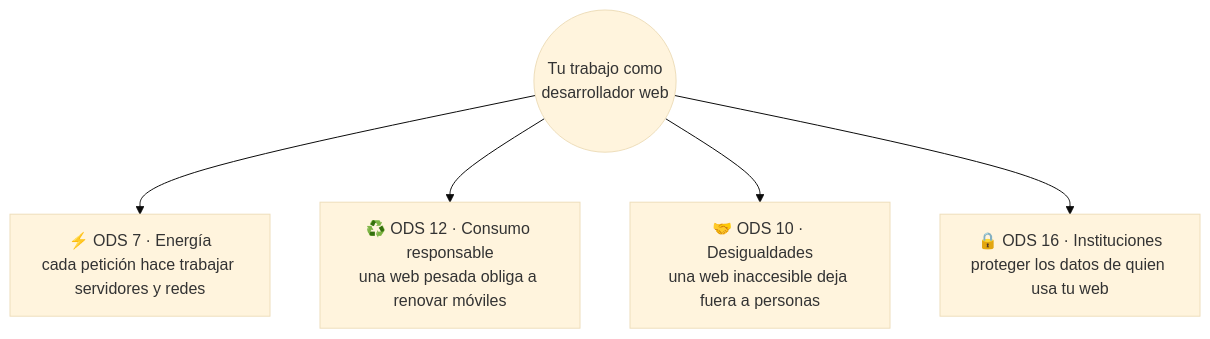
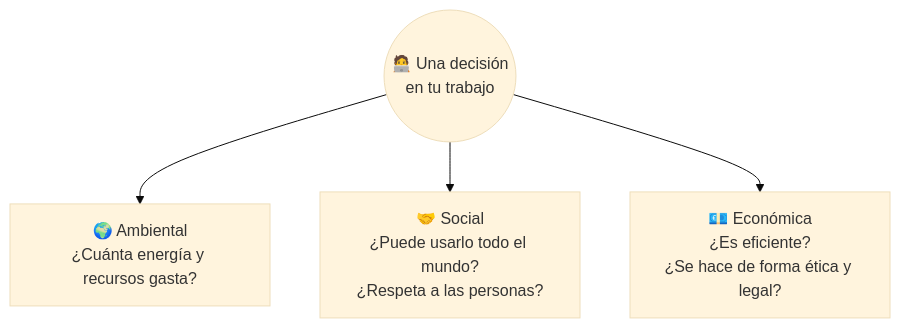
The second of 8 diagrams in docs/ut3/index.md (campusdevfp/sost2627), drawn with Mermaid (base theme) before and after one commit. The commit also changed other lines of this file and 5 other files, not shown here.

````diff
--- a/docs/ut3/index.md
+++ b/docs/ut3/index.md
@@ -21,8 +34,7 @@
 ```mermaid
 flowchart TB
-    T(("Tu trabajo como<br/>desarrollador web"))
-    T --> O7["⚡ ODS 7 · Energía<br/>cada petición hace trabajar servidores y redes"]
-    T --> O12["♻️ ODS 12 · Consumo responsable<br/>una web pesada obliga a renovar móviles"]
-    T --> O10["🤝 ODS 10 · Desigualdades<br/>una web inaccesible deja fuera a personas"]
-    T --> O16["🔒 ODS 16 · Instituciones<br/>proteger los datos de quien usa tu web"]
+    D(("🧑‍💻 Una decisión<br/>en tu trabajo"))
+    D --> A["🌍 Ambiental<br/>¿Cuánta energía y recursos gasta?"]
+    D --> S["🤝 Social<br/>¿Puede usarlo todo el mundo?<br/>¿Respeta a las personas?"]
+    D --> E["💶 Económica<br/>¿Es eficiente?<br/>¿Se hace de forma ética y legal?"]
 ```
````
